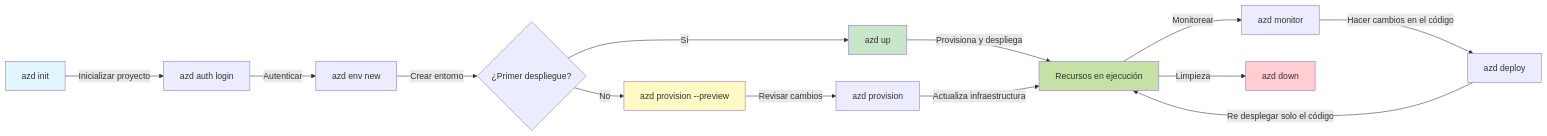
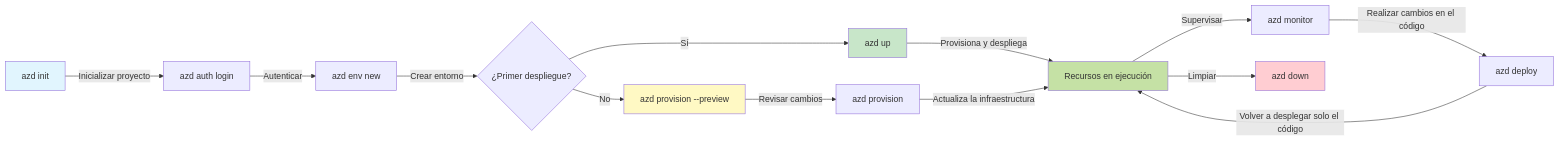
The first of 2 diagrams in translations/es/docs/chapter-01-foundation/azd-basics.md (microsoft/AZD-for-beginners), drawn with Mermaid before and after one commit. The commit also changed other lines of this file and 99 other files, not shown here.

````diff
--- a/translations/es/docs/chapter-01-foundation/azd-basics.md
+++ b/translations/es/docs/chapter-01-foundation/azd-basics.md
@@ -269,21 +269,21 @@
 ```mermaid
 graph LR
     A[azd init] -->|Inicializar proyecto| B[azd auth login]
     B -->|Autenticar| C[azd env new]
     C -->|Crear entorno| D{¿Primer despliegue?}
     D -->|Sí| E[azd up]
     D -->|No| F[azd provision --preview]
     F -->|Revisar cambios| G[azd provision]
     E -->|Provisiona y despliega| H[Recursos en ejecución]
-    G -->|Actualiza infraestructura| H
-    H -->|Monitorear| I[azd monitor]
-    I -->|Hacer cambios en el código| J[azd deploy]
-    J -->|Re desplegar solo el código| H
-    H -->|Limpieza| K[azd down]
+    G -->|Actualiza la infraestructura| H
+    H -->|Supervisar| I[azd monitor]
+    I -->|Realizar cambios en el código| J[azd deploy]
+    J -->|Volver a desplegar solo el código| H
+    H -->|Limpiar| K[azd down]
     
     style A fill:#e1f5fe
     style E fill:#c8e6c9
     style F fill:#fff9c4
     style H fill:#c5e1a5
     style K fill:#ffcdd2
 ```
````
